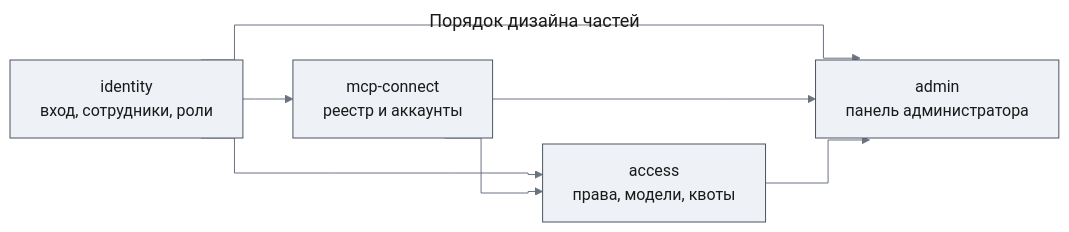
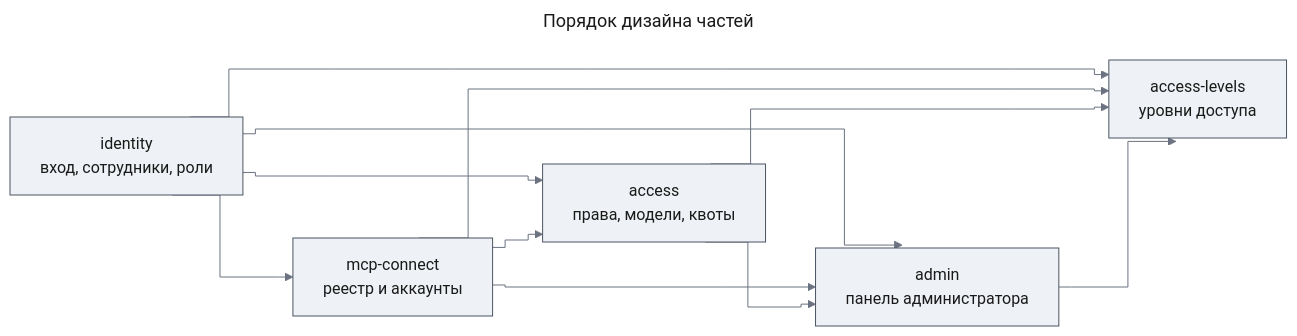
The seventh of 7 diagrams in docs/features/enterprise-access/prd.md (tundraray/agent-os), drawn with Mermaid before and after one commit. The commit also changed other lines of this file and 264 other files, not shown here.

````diff
--- a/docs/features/enterprise-access/prd.md
+++ b/docs/features/enterprise-access/prd.md
@@ -541,26 +665,31 @@
 ```mermaid
 ---
 title: "Порядок дизайна частей"
 config:
   theme: base
   look: classic
   themeVariables:
     primaryColor: "#eef1f5"
     primaryBorderColor: "#4b5563"
     primaryTextColor: "#1a1a1a"
     lineColor: "#6b7280"
   flowchart:
     curve: step
 ---
 graph LR
     identity["identity<br/>вход, сотрудники, роли"]
     mcp["mcp-connect<br/>реестр и аккаунты"]
     access["access<br/>права, модели, квоты"]
     admin["admin<br/>панель администратора"]
+    levels["access-levels<br/>уровни доступа"]
     identity --> mcp
     identity --> access
     mcp --> access
     identity --> admin
     mcp --> admin
     access --> admin
+    identity --> levels
+    mcp --> levels
+    access --> levels
+    admin --> levels
 ```
````
